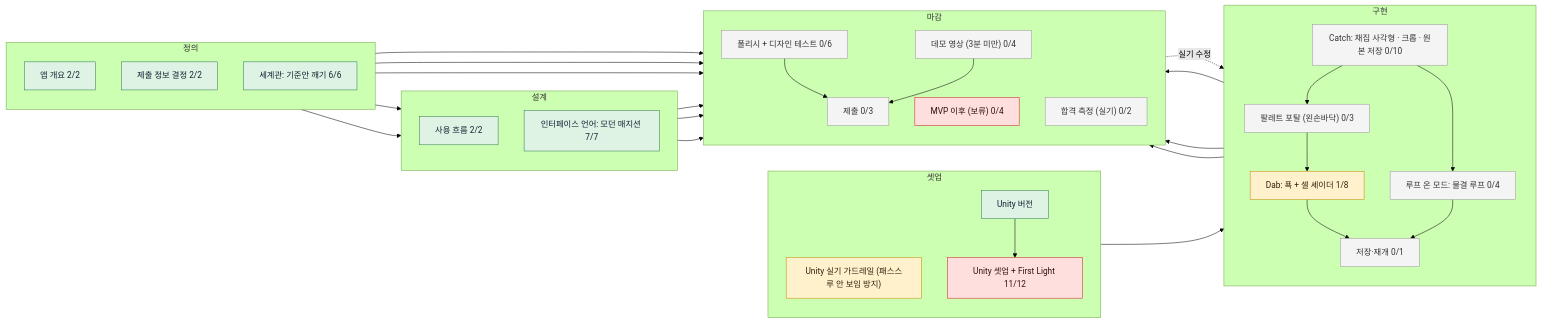
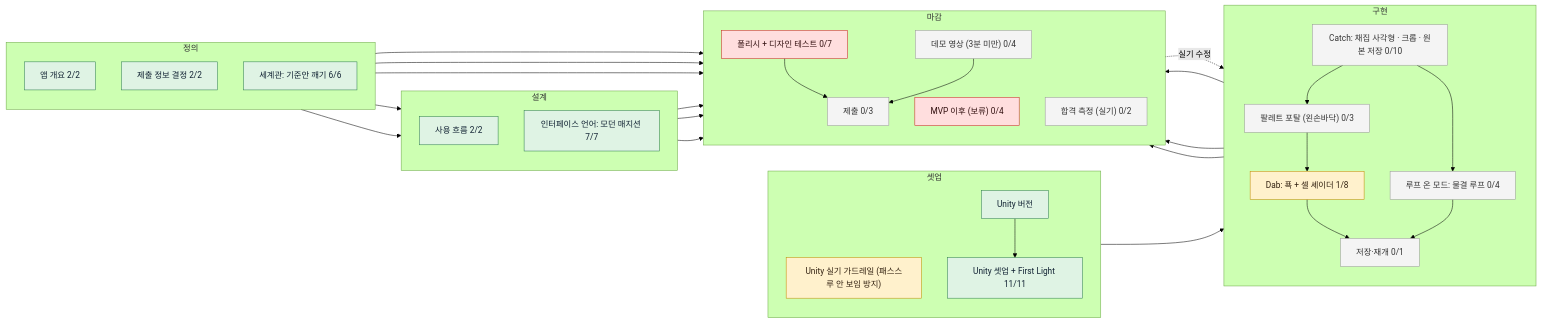
The diagram in board/BOARD.md (reality404studio/meta-mr-picker), drawn with Mermaid (forest theme) before and after one commit. The commit also changed other lines of this file and 55 other files, not shown here.

````diff
--- a/board/BOARD.md
+++ b/board/BOARD.md
@@ -17,63 +18,63 @@
 ```mermaid
 flowchart LR
   subgraph s_define["정의"]
     direction TB
     brief["앱 개요 2/2"]:::done
     submit_meta["제출 정보 결정 2/2"]:::done
     world["세계관: 기준안 깨기 6/6"]:::done
   end
   subgraph s_design["설계"]
     direction TB
     usage_flow["사용 흐름 2/2"]:::done
     interface["인터페이스 언어: 모던 매지션 7/7"]:::done
   end
   subgraph s_prototype["셋업"]
     direction TB
     use_unity_guardrails["Unity 실기 가드레일 (패스스루 안 보임 방지)"]:::doing
     use_unity_version["Unity 버전"]:::done
-    setup["Unity 셋업 + First Light 11/12"]:::blocked
+    setup["Unity 셋업 + First Light 11/11"]:::done
   end
   subgraph s_build["구현"]
     direction TB
     catch["Catch: 채집 사각형 · 크롭 · 원본 저장 0/10"]:::todo
     loop["루프 온 모드: 물결 루프 0/4"]:::todo
     portal["팔레트 포탈 (왼손바닥) 0/3"]:::todo
     dab["Dab: 푝 + 셀 셰이더 1/8"]:::doing
     export["저장·재개 0/1"]:::todo
   end
   subgraph s_review["마감"]
     direction TB
-    polish["폴리시 + 디자인 테스트 0/6"]:::todo
+    polish["폴리시 + 디자인 테스트 0/7"]:::blocked
     demo_video["데모 영상 (3분 미만) 0/4"]:::todo
     submit["제출 0/3"]:::todo
     post_mvp["MVP 이후 (보류) 0/4"]:::blocked
     acceptance["합격 측정 (실기) 0/2"]:::todo
   end
   brief --> usage_flow
   use_unity_version --> setup
   setup --> catch
   catch --> loop
   catch --> portal
   portal --> dab
   dab --> export
   loop --> export
   export --> polish
   usage_flow --> polish
   catch --> demo_video
   polish --> submit
   demo_video --> submit
   submit_meta --> submit
   polish -.->|실기 수정| dab
   world --> demo_video
   world --> polish
   world --> interface
   interface --> polish
   interface --> demo_video
   dab --> acceptance
   classDef done fill:#dff3e4,stroke:#2e7d4f,color:#123
   classDef doing fill:#fff1cc,stroke:#c28a00,color:#321
   classDef review fill:#ece4ff,stroke:#6a4fc2,color:#213
   classDef proof fill:#dceaff,stroke:#3f7fd6,color:#123
   classDef todo fill:#f4f4f4,stroke:#999,color:#333
   classDef blocked fill:#ffdede,stroke:#c22,color:#311
 ```
````
